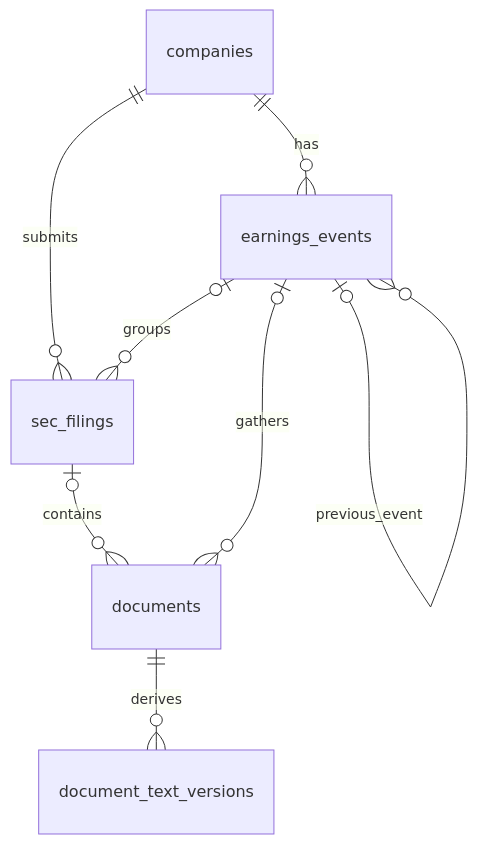
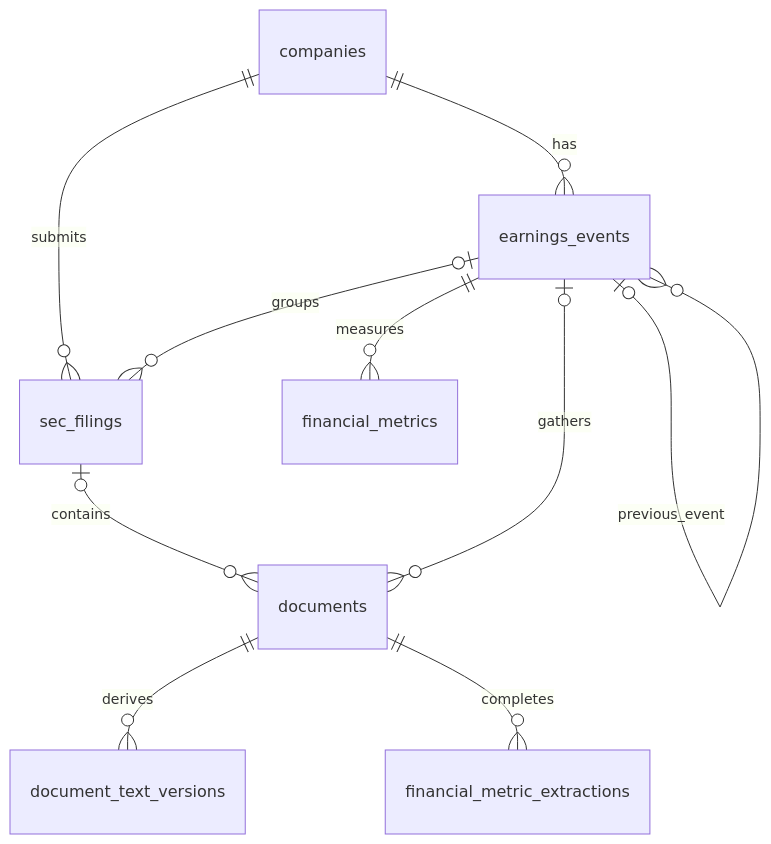
Before and after one commit to thstamod/chiron-core: diagram 11 of 14 in docs/visual-guide.md, drawn with Mermaid. The commit also changed other lines of this file and 13 other files, not shown here.

Commit message:
feat(worker): extract versioned SEC XBRL financial metrics

````diff
--- a/docs/visual-guide.md
+++ b/docs/visual-guide.md
@@ -263,10 +292,12 @@
 ```mermaid
 erDiagram
     companies ||--o{ sec_filings : submits
     companies ||--o{ earnings_events : has
     earnings_events o|--o{ sec_filings : groups
     sec_filings o|--o{ documents : contains
     earnings_events o|--o{ documents : gathers
     documents ||--o{ document_text_versions : derives
+    documents ||--o{ financial_metric_extractions : completes
+    earnings_events ||--o{ financial_metrics : measures
     earnings_events o|--o{ earnings_events : previous_event
 ```
````
